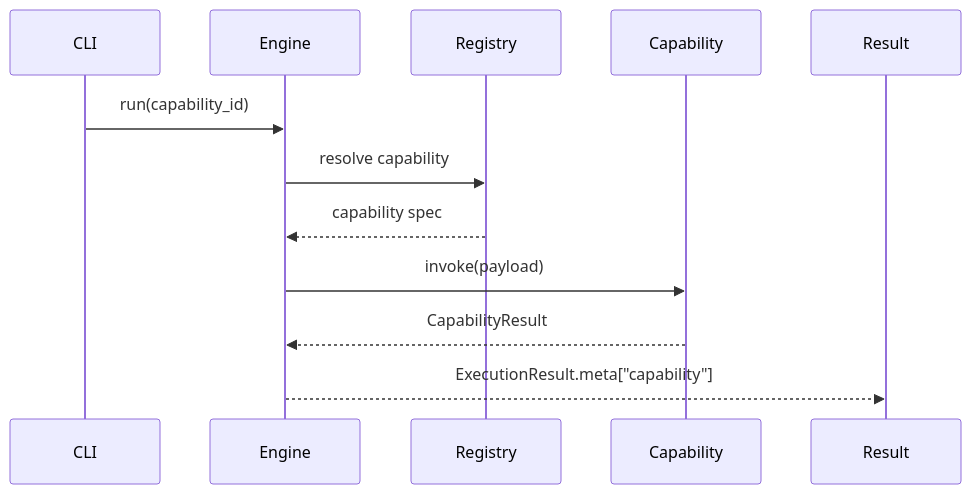
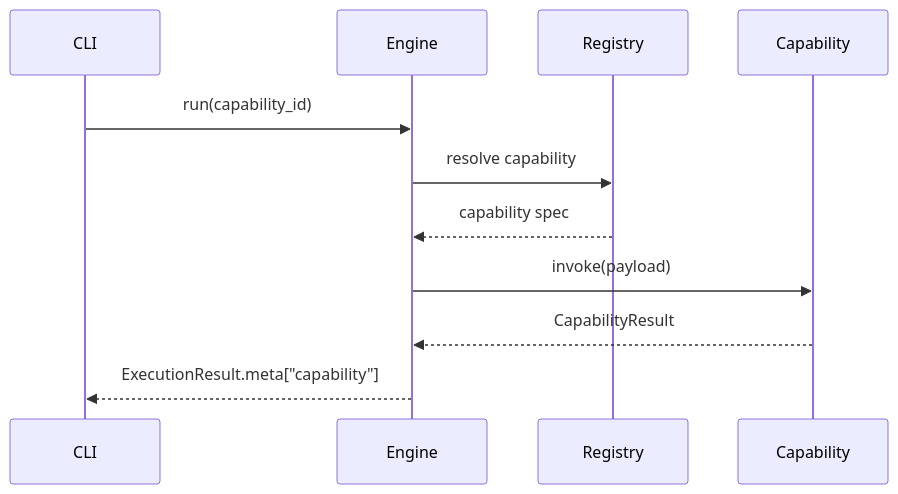
One commit to CevenJKnowles/io-architecture changed the fourth of 4 diagrams in README.md. Above: the diagram before and after it, drawn with Mermaid. The commit also changed other lines of this file and 2 other files, not shown here.

First line of the commit message:
fix(docs): correct Mermaid diagram edges in README for accuracy (#31)

````diff
--- a/README.md
+++ b/README.md
@@ -238,14 +382,14 @@
 ```mermaid
 sequenceDiagram
-participant CLI
-participant Engine
-participant Registry
-participant Capability
-participant Result
-CLI->>Engine: run(capability_id)
-Engine->>Registry: resolve capability
-Registry-->>Engine: capability spec
-Engine->>Capability: invoke(payload)
-Capability-->>Engine: CapabilityResult
-Engine-->>Result: ExecutionResult.meta["capability"]
+    participant CLI
+    participant Engine
+    participant Registry
+    participant Capability
+
+    CLI->>Engine: run(capability_id)
+    Engine->>Registry: resolve capability
+    Registry-->>Engine: capability spec
+    Engine->>Capability: invoke(payload)
+    Capability-->>Engine: CapabilityResult
+    Engine-->>CLI: ExecutionResult.meta["capability"]
 ```
````
